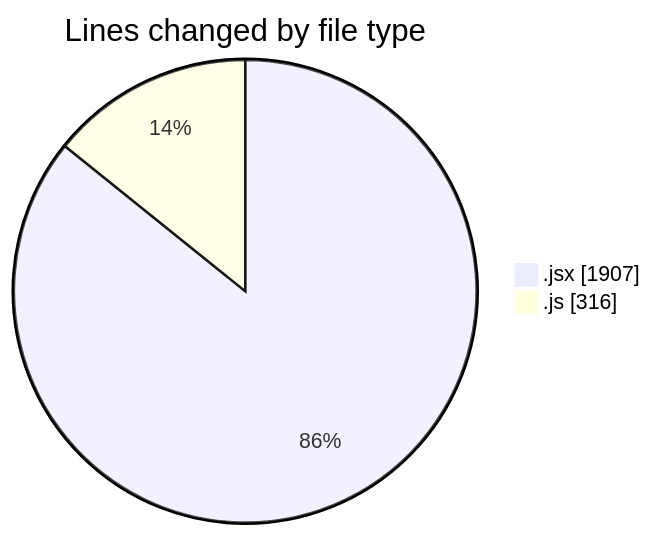
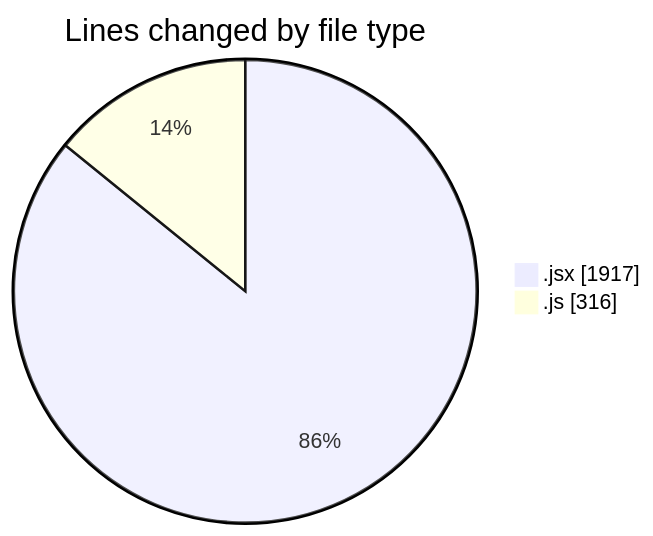
Before and after one commit to nxtqubesakshisongat/code-tracking: the first of 2 diagrams in 2025-07-13/argos/README.md, drawn with Mermaid. The commit also changed other lines of this file and 1 other file, not shown here.

````diff
--- a/2025-07-13/argos/README.md
+++ b/2025-07-13/argos/README.md
@@ -21,6 +21,6 @@
 ```mermaid
 pie showData
 title Lines changed by file type
-".jsx" : 1907
+".jsx" : 1917
 ".js" : 316
 ```
````
